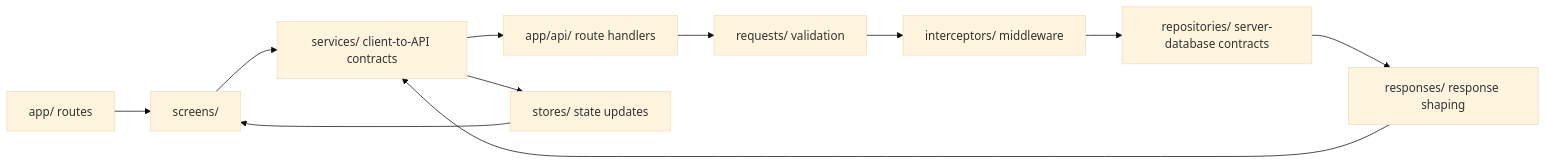
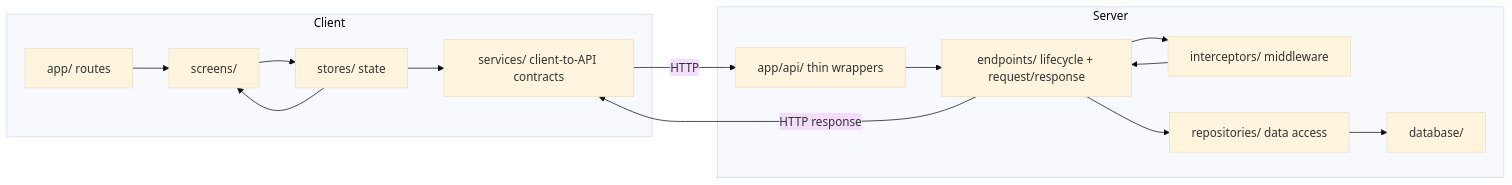
One commit to yuriusuonly/paku-paku changed the second of 3 diagrams in CONTRIBUTING.md. Above: the diagram before and after it, drawn with Mermaid (base theme). The commit also changed other lines of this file and 109 other files, not shown here.

````diff
--- a/CONTRIBUTING.md
+++ b/CONTRIBUTING.md
@@ -73,13 +73,18 @@
 ```mermaid
 flowchart LR
-  R["app/ routes"] --> SC["screens/"]
-  SC --> SV["services/ client-to-API contracts"]
-  SV --> API["app/api/ route handlers"]
-  API --> RQ["requests/ validation"]
-  RQ --> I["interceptors/ middleware"]
-  I --> RP["repositories/ server-database contracts"]
-  RP --> RS["responses/ response shaping"]
-  RS --> SV
-  SV --> ST["stores/ state updates"]
+  subgraph Client
+    R["app/ routes"] --> SC["screens/"]
+    SC --> ST["stores/ state"]
+    ST --> SV["services/ client-to-API contracts"]
+  end
+  SV -->|HTTP| API["app/api/ thin wrappers"]
+  subgraph Server
+    API --> EP["endpoints/ lifecycle + request/response"]
+    EP --> IC["interceptors/ middleware"]
+    IC --> EP
+    EP --> RP["repositories/ data access"]
+    RP --> DB["database/"]
+  end
+  EP -->|HTTP response| SV
   ST --> SC
 ```
````
